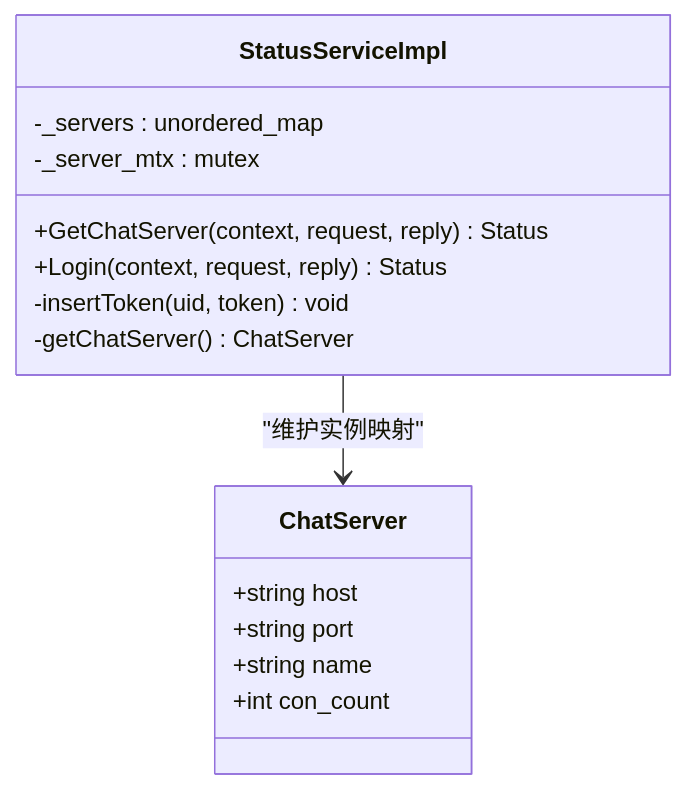
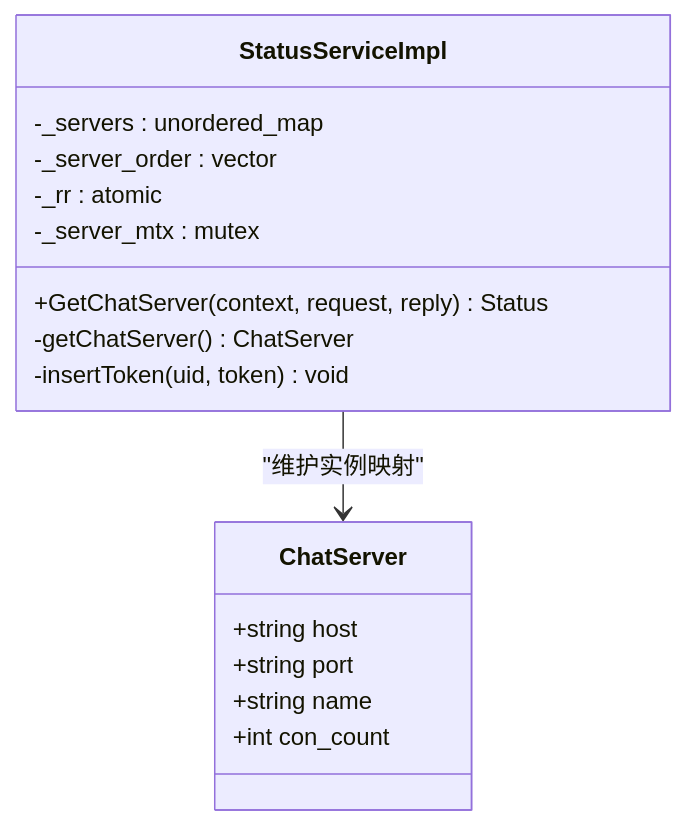
One commit to echo9923/mychatter changed the third of 6 diagrams in .qoder/repowiki/zh/content/服务端开发/StatusServer状态管理服务.md. Above: the diagram before and after it, drawn with Mermaid. The commit also changed other lines of this file and 107 other files, not shown here.

````diff
--- a/.qoder/repowiki/zh/content/服务端开发/StatusServer状态管理服务.md
+++ b/.qoder/repowiki/zh/content/服务端开发/StatusServer状态管理服务.md
@@ -123,18 +110,19 @@
 ```mermaid
 classDiagram
 class StatusServiceImpl {
 +GetChatServer(context, request, reply) Status
-+Login(context, request, reply) Status
+-getChatServer() ChatServer
 -insertToken(uid, token) void
--getChatServer() ChatServer
 -_servers : unordered_map<string, ChatServer>
+-_server_order : vector<string>
+-_rr : atomic<size_t>
 -_server_mtx : mutex
 }
 class ChatServer {
 +string host
 +string port
 +string name
 +int con_count
 }
 StatusServiceImpl --> ChatServer : "维护实例映射"
 ```
````
